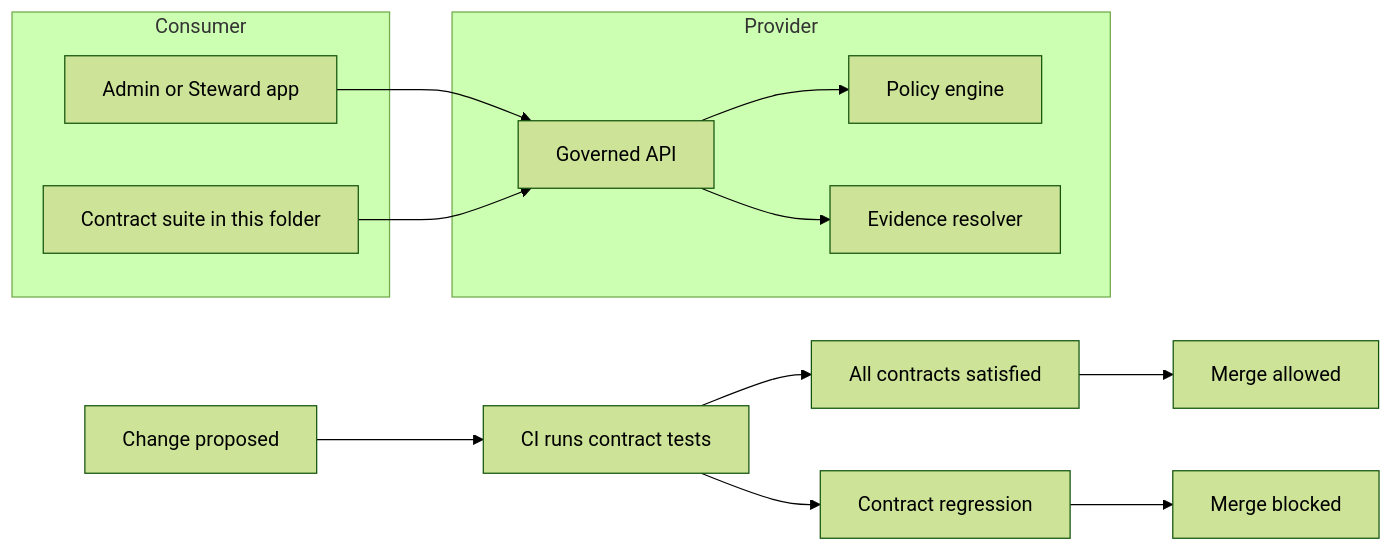
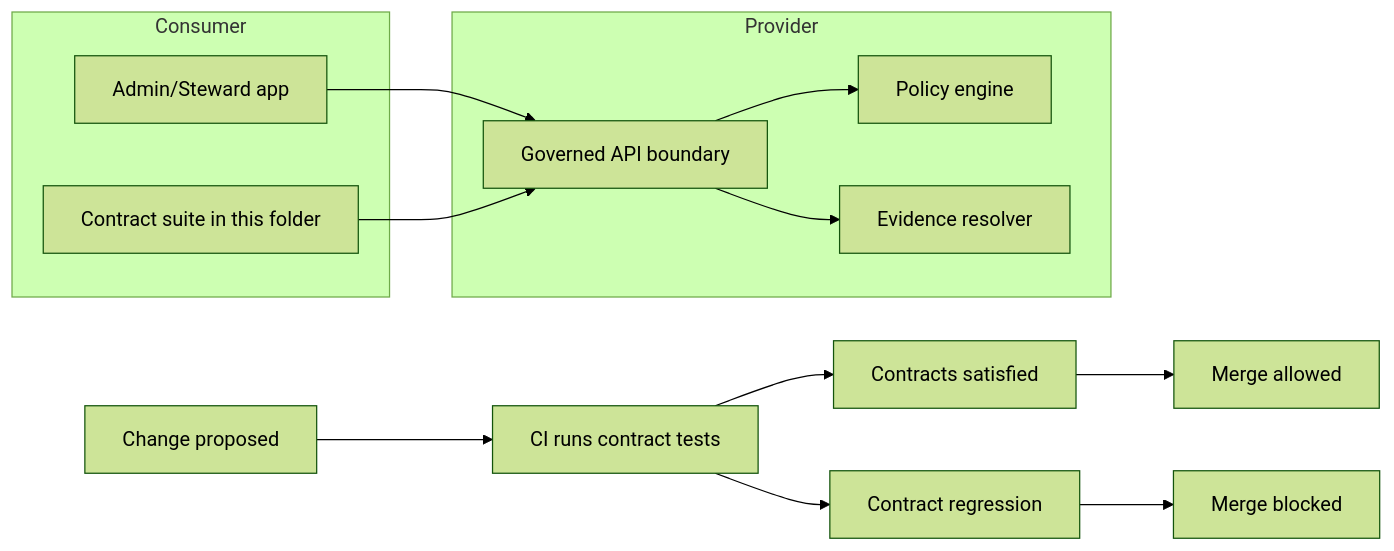
Before and after one commit to bartytime4life/Kansas-Frontier-Matrix: the diagram in apps/admin/tests/contracts/README.md, drawn with Mermaid (forest theme). The commit also changed other lines of this file, not shown here.

First line of the commit message:
Revise README for Admin contract tests

````diff
--- a/apps/admin/tests/contracts/README.md
+++ b/apps/admin/tests/contracts/README.md
@@ -62,24 +86,25 @@
 ```mermaid
 flowchart LR
   Dev[Change proposed] --> CI[CI runs contract tests]
-  CI --> Pass[All contracts satisfied]
+  CI --> Pass[Contracts satisfied]
   CI --> Fail[Contract regression]
+
   Pass --> Merge[Merge allowed]
   Fail --> Block[Merge blocked]
 
   subgraph Consumer
-    AdminApp[Admin or Steward app]
+    AdminApp[Admin/Steward app]
     ContractSuite[Contract suite in this folder]
   end
 
   subgraph Provider
-    GovernedAPI[Governed API]
-    PolicyEngine[Policy engine]
-    EvidenceResolver[Evidence resolver]
+    PEP[Governed API boundary]
+    Policy[Policy engine]
+    Evidence[Evidence resolver]
   end
 
-  AdminApp --> GovernedAPI
-  ContractSuite --> GovernedAPI
-  GovernedAPI --> PolicyEngine
-  GovernedAPI --> EvidenceResolver
+  AdminApp --> PEP
+  ContractSuite --> PEP
+  PEP --> Policy
+  PEP --> Evidence
 ```
````
